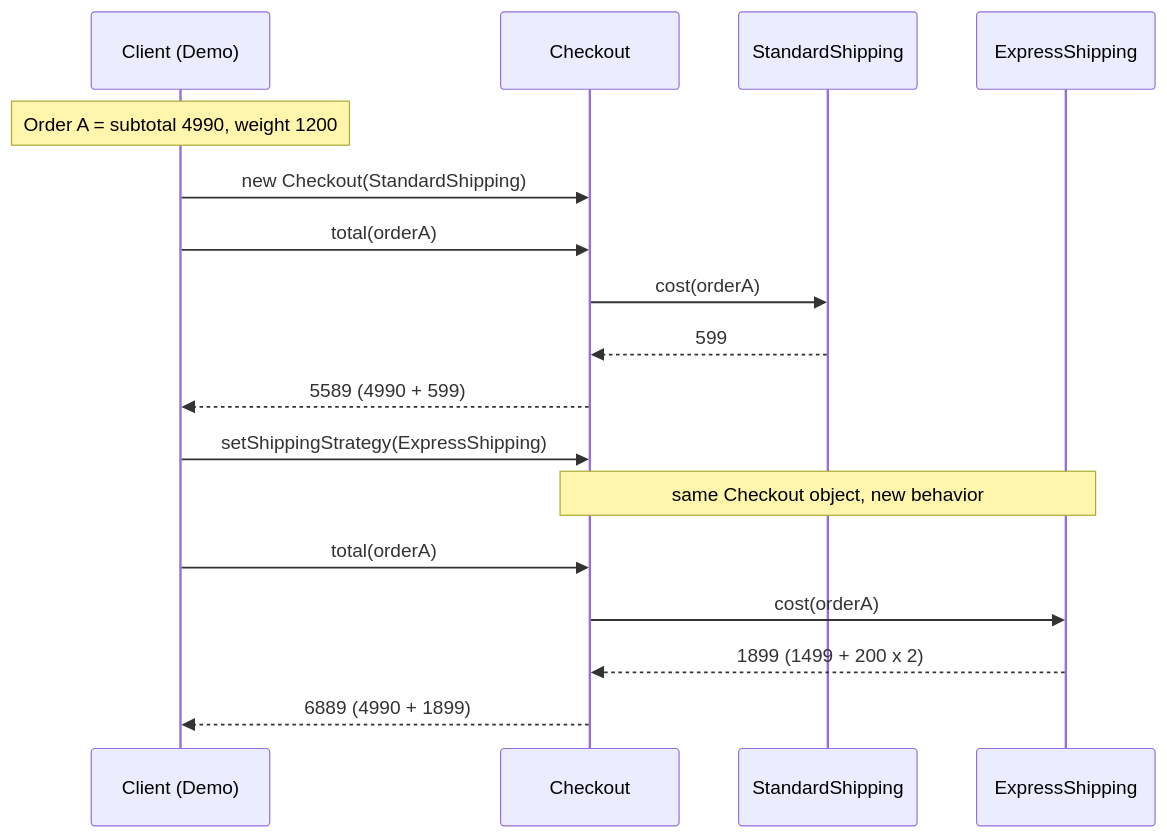
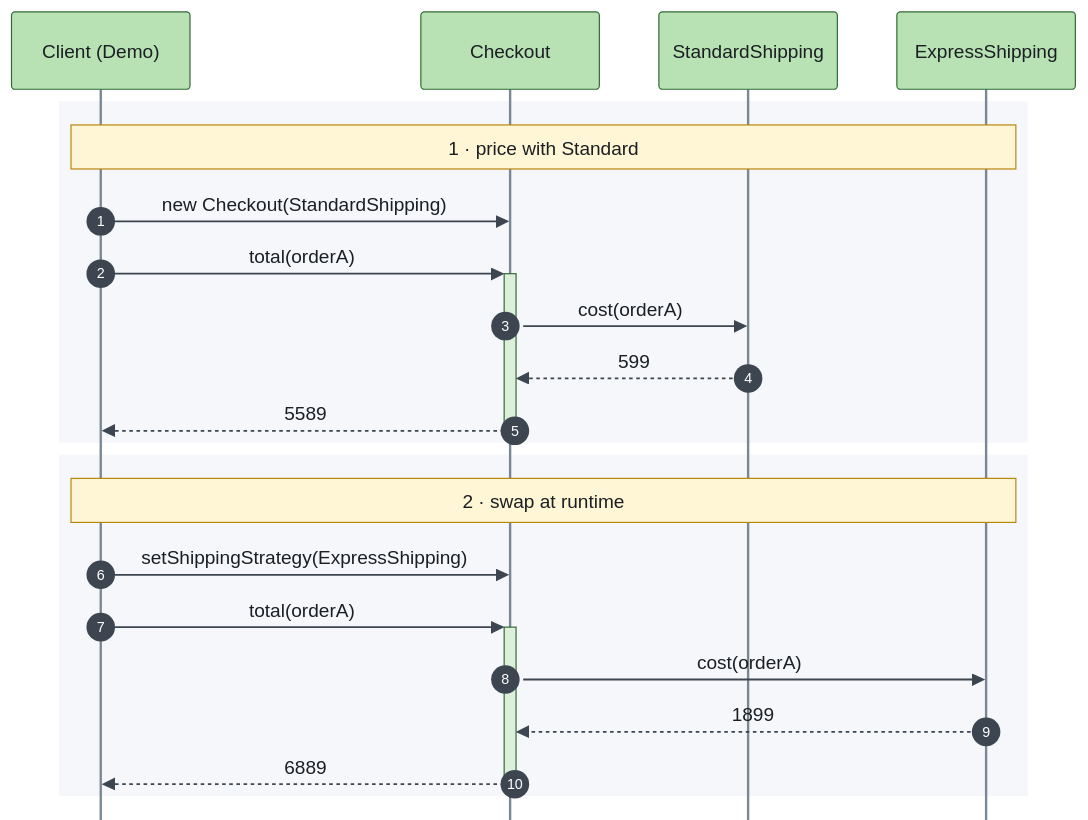
The diagram in docs/diagrams/checkout-sequence.mmd (enok/design-pattern-strategy), drawn with Mermaid before and after one commit. The commit also changed 33 other files, not shown here.

First line of the commit message:
docs: restyle diagrams, add code-by-component page (#2)

```diff
--- a/docs/diagrams/checkout-sequence.mmd
+++ b/docs/diagrams/checkout-sequence.mmd
@@ -1,17 +1,23 @@
+%%{init: {"theme": "base", "themeVariables": {"fontFamily": "Arial, Helvetica, sans-serif", "fontSize": "20px", "background": "#FFFFFF", "primaryColor": "#FFFFFF", "primaryBorderColor": "#1B1F23", "primaryTextColor": "#1B1F23", "secondaryColor": "#FDDCB5", "tertiaryColor": "#F5F7FA", "lineColor": "#3D4650", "textColor": "#1B1F23", "mainBkg": "#FFFFFF", "nodeBorder": "#1B1F23", "clusterBkg": "#F5F7FA", "clusterBorder": "#9AA5B1", "edgeLabelBackground": "#FFFFFF", "noteBkgColor": "#FFF6D6", "noteBorderColor": "#B8860B", "noteTextColor": "#1B1F23", "actorBkg": "#B8E2B4", "actorBorder": "#2F6B35", "actorTextColor": "#1B1F23", "actorLineColor": "#7A8794", "signalColor": "#3D4650", "signalTextColor": "#1B1F23", "labelBoxBkgColor": "#F5F7FA", "labelBoxBorderColor": "#7A8794", "labelTextColor": "#1B1F23", "loopTextColor": "#1B1F23", "activationBkgColor": "#DDEFDB", "activationBorderColor": "#2F6B35", "sequenceNumberColor": "#FFFFFF", "classText": "#1B1F23"}, "flowchart": {"curve": "linear", "nodeSpacing": 50, "rankSpacing": 60, "padding": 16, "htmlLabels": false}, "sequence": {"actorMargin": 50, "messageMargin": 38, "boxMargin": 10, "noteMargin": 10, "mirrorActors": false, "useMaxWidth": false}, "class": {"padding": 12, "htmlLabels": false}, "fontFamily": "Arial, Helvetica, sans-serif"}}%%
 sequenceDiagram
+    autonumber
     participant Demo as Client (Demo)
     participant C as Checkout
     participant S as StandardShipping
     participant E as ExpressShipping
-    Note over Demo: Order A = subtotal 4990, weight 1200
-    Demo->>C: new Checkout(StandardShipping)
-    Demo->>C: total(orderA)
-    C->>S: cost(orderA)
-    S-->>C: 599
-    C-->>Demo: 5589 (4990 + 599)
-    Demo->>C: setShippingStrategy(ExpressShipping)
-    Note over C,E: same Checkout object, new behavior
-    Demo->>C: total(orderA)
-    C->>E: cost(orderA)
-    E-->>C: 1899 (1499 + 200 x 2)
-    C-->>Demo: 6889 (4990 + 1899)
+    rect rgb(245,247,250)
+        Note over Demo,E: 1 · price with Standard
+        Demo->>C: new Checkout(StandardShipping)
+        Demo->>+C: total(orderA)
+        C->>S: cost(orderA)
+        S-->>C: 599
+        C-->>-Demo: 5589
+    end
+    rect rgb(245,247,250)
+        Note over Demo,E: 2 · swap at runtime
+        Demo->>C: setShippingStrategy(ExpressShipping)
+        Demo->>+C: total(orderA)
+        C->>E: cost(orderA)
+        E-->>C: 1899
+        C-->>-Demo: 6889
+    end
```
